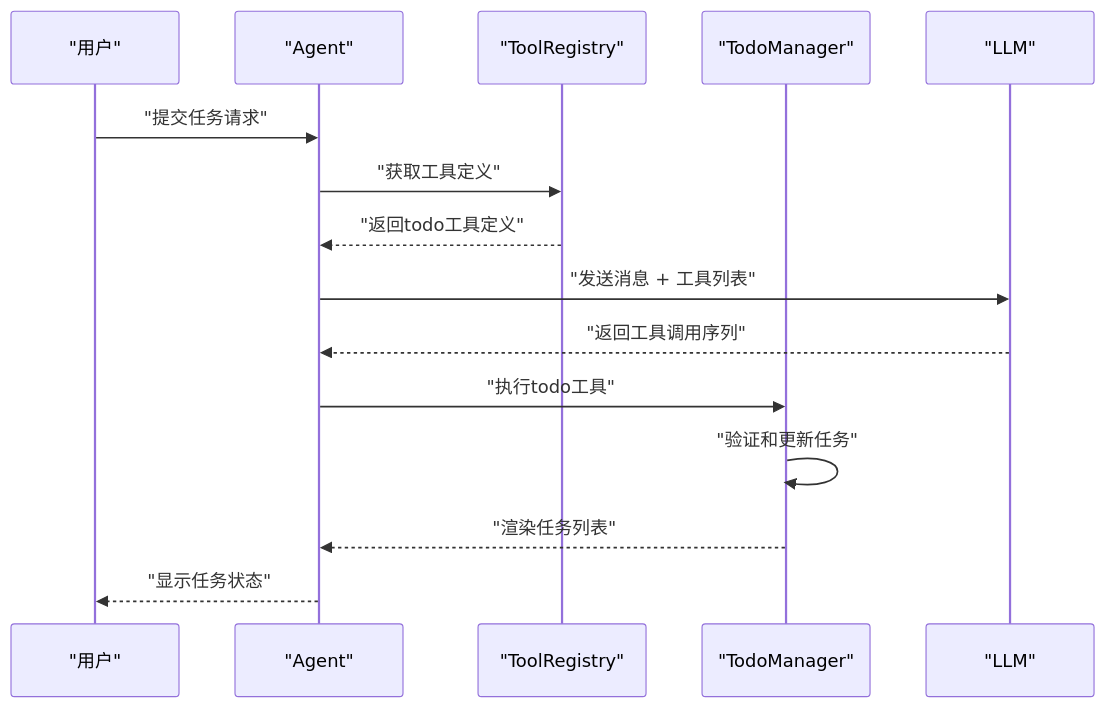
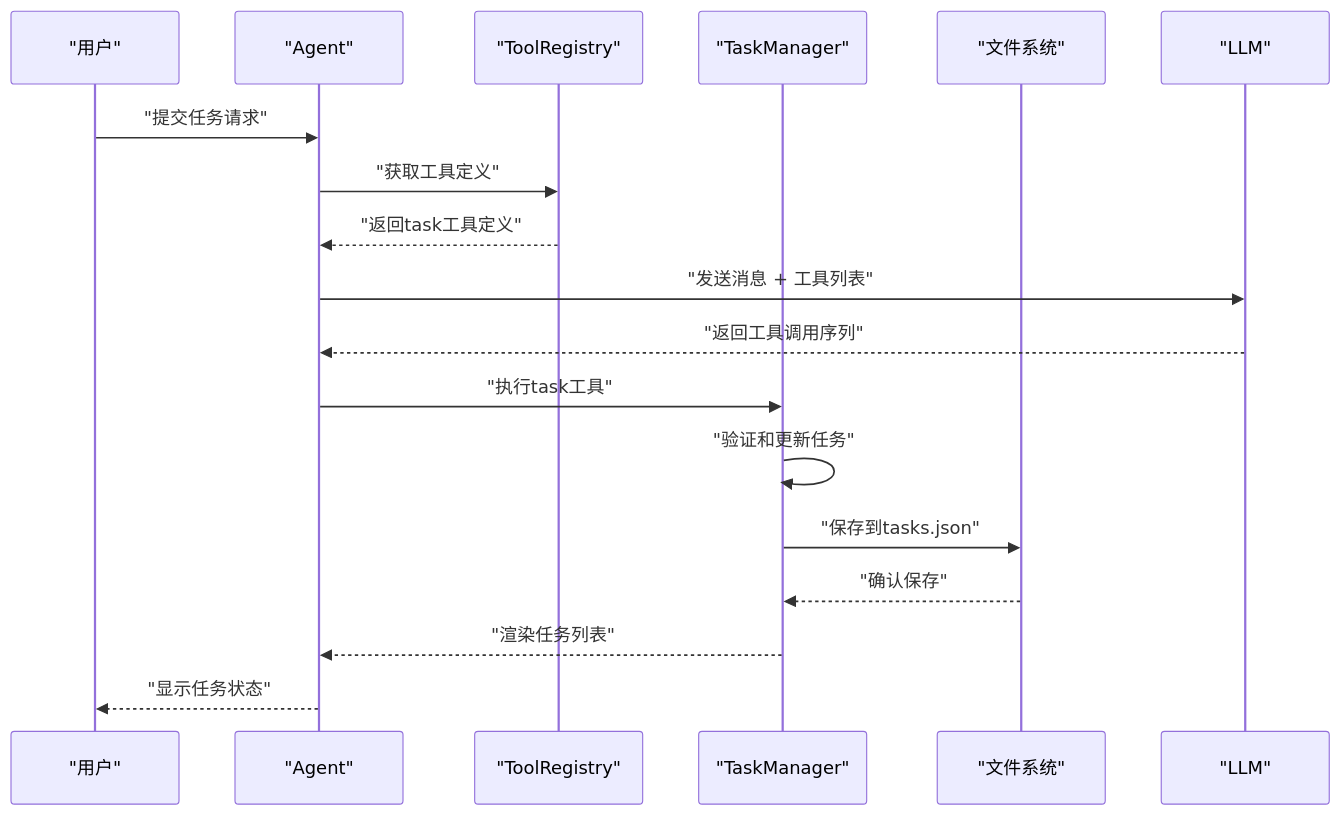
The second of 4 diagrams in .qoder/repowiki/zh/content/核心功能详解/任务规划管理.md (eurekaYYzero/Mini-Claude-Code), drawn with Mermaid before and after one commit. The commit also changed other lines of this file and 5 other files, not shown here.

````diff
--- a/.qoder/repowiki/zh/content/核心功能详解/任务规划管理.md
+++ b/.qoder/repowiki/zh/content/核心功能详解/任务规划管理.md
@@ -115,17 +119,20 @@
 ```mermaid
 sequenceDiagram
 participant U as "用户"
 participant A as "Agent"
 participant TL as "ToolRegistry"
-participant TM as "TodoManager"
+participant TM as "TaskManager"
+participant FS as "文件系统"
 participant L as "LLM"
 U->>A : "提交任务请求"
 A->>TL : "获取工具定义"
-TL-->>A : "返回todo工具定义"
+TL-->>A : "返回task工具定义"
 A->>L : "发送消息 + 工具列表"
 L-->>A : "返回工具调用序列"
-A->>TM : "执行todo工具"
+A->>TM : "执行task工具"
 TM->>TM : "验证和更新任务"
+TM->>FS : "保存到tasks.json"
+FS-->>TM : "确认保存"
 TM-->>A : "渲染任务列表"
 A-->>U : "显示任务状态"
 ```
````
